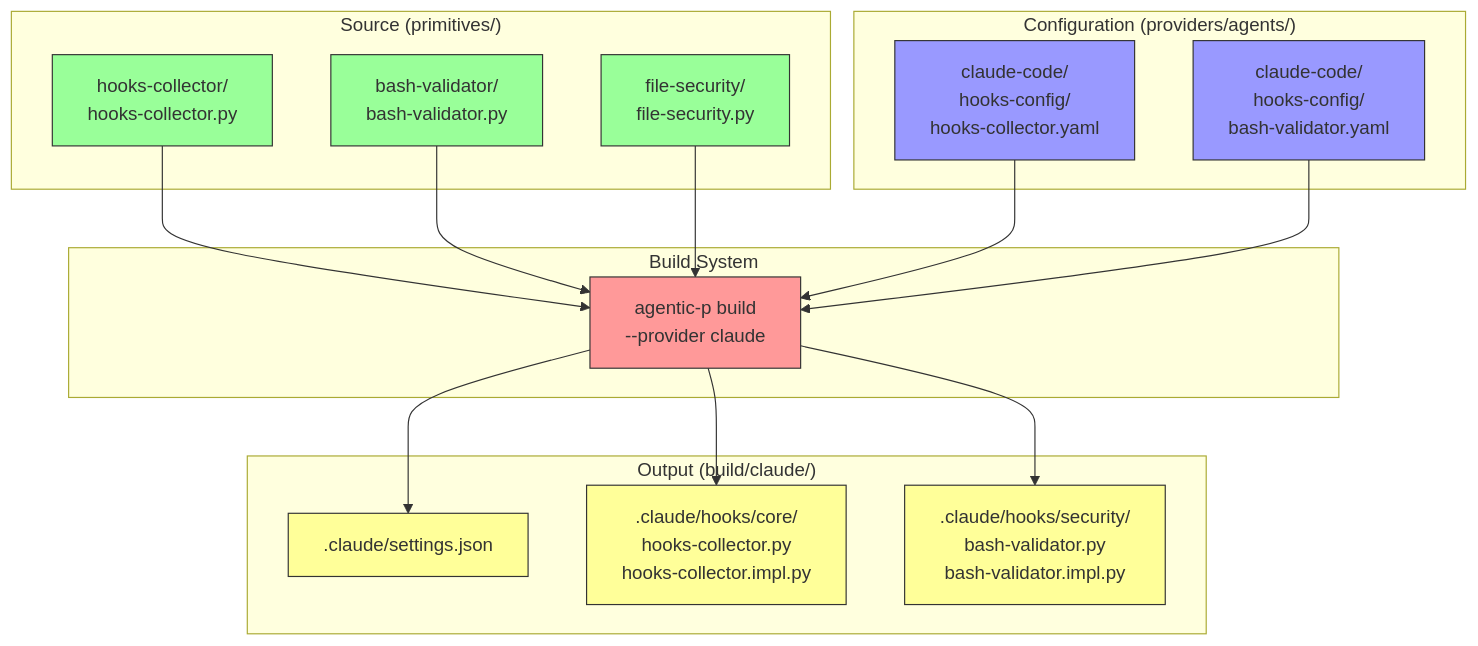
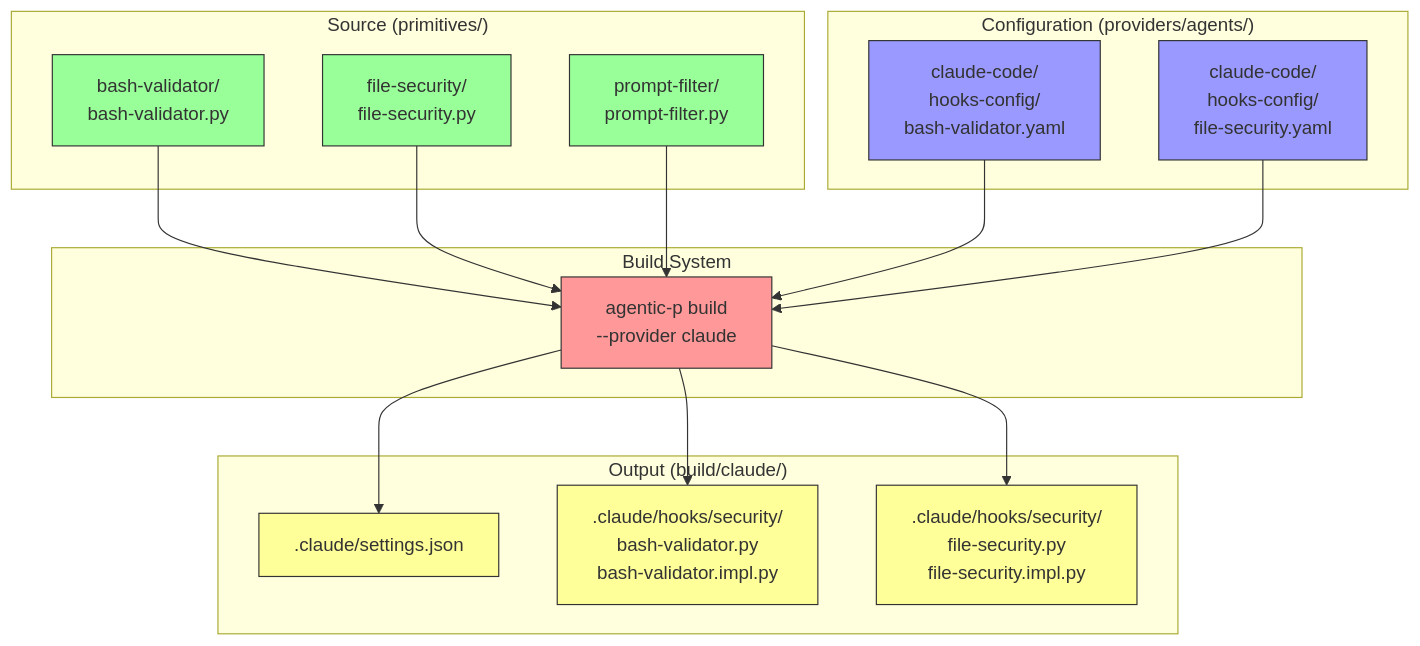
Before and after one commit to AgentParadise/agentic-primitives: the first of 6 diagrams in docs/_reference/build-output-structure.md, drawn with Mermaid. The commit also changed other lines of this file and 56 other files, not shown here.

First line of the commit message:
feat(hooks): implement self-logging analytics architecture

````diff
--- a/docs/_reference/build-output-structure.md
+++ b/docs/_reference/build-output-structure.md
@@ -7,43 +7,43 @@
 ```mermaid
 graph TB
     subgraph "Source (primitives/)"
-        P1[hooks-collector/<br/>hooks-collector.py]
         P2[bash-validator/<br/>bash-validator.py]
         P3[file-security/<br/>file-security.py]
+        P4[prompt-filter/<br/>prompt-filter.py]
     end
     
     subgraph "Configuration (providers/agents/)"
-        C1[claude-code/<br/>hooks-config/<br/>hooks-collector.yaml]
         C2[claude-code/<br/>hooks-config/<br/>bash-validator.yaml]
+        C3[claude-code/<br/>hooks-config/<br/>file-security.yaml]
     end
     
     subgraph "Build System"
         B[agentic-p build<br/>--provider claude]
     end
     
     subgraph "Output (build/claude/)"
         O1[.claude/settings.json]
-        O2[.claude/hooks/core/<br/>hooks-collector.py<br/>hooks-collector.impl.py]
         O3[.claude/hooks/security/<br/>bash-validator.py<br/>bash-validator.impl.py]
+        O4[.claude/hooks/security/<br/>file-security.py<br/>file-security.impl.py]
     end
     
-    P1 --> B
     P2 --> B
     P3 --> B
-    C1 --> B
+    P4 --> B
     C2 --> B
+    C3 --> B
     
     B --> O1
-    B --> O2
     B --> O3
+    B --> O4
     
-    style P1 fill:#9f9,stroke:#333
     style P2 fill:#9f9,stroke:#333
     style P3 fill:#9f9,stroke:#333
-    style C1 fill:#99f,stroke:#333
+    style P4 fill:#9f9,stroke:#333
     style C2 fill:#99f,stroke:#333
+    style C3 fill:#99f,stroke:#333
     style B fill:#f99,stroke:#333
     style O1 fill:#ff9,stroke:#333
-    style O2 fill:#ff9,stroke:#333
     style O3 fill:#ff9,stroke:#333
+    style O4 fill:#ff9,stroke:#333
 ```
````
